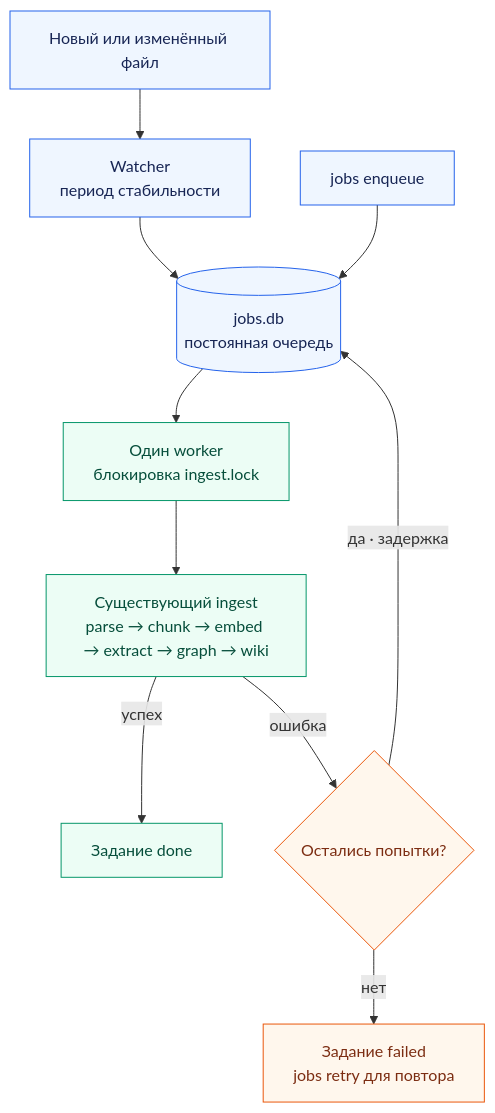
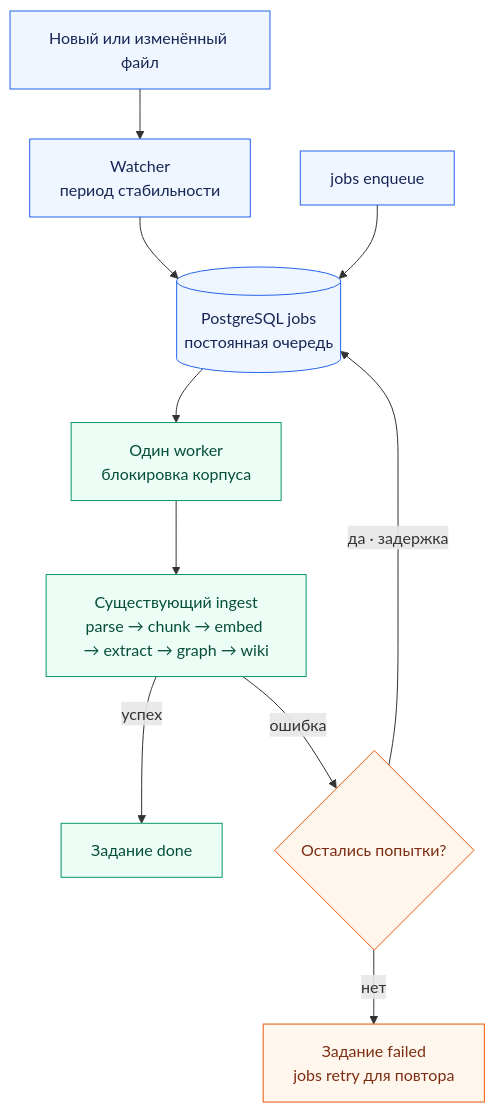
Diagram 13 of 13 in README.md (000p1umDiesel/Atlas), drawn with Mermaid before and after one commit. The commit also changed other lines of this file and 30 other files, not shown here.

Commit message:
PostgreSQL

````diff
--- a/README.md
+++ b/README.md
@@ -1917,19 +2002,19 @@
 ```mermaid
 flowchart TD
     FILE["Новый или изменённый файл"] --> STABLE["Watcher<br/>период стабильности"]
-    STABLE --> QUEUE[("jobs.db<br/>постоянная очередь")]
+    STABLE --> QUEUE[("PostgreSQL jobs<br/>постоянная очередь")]
     MANUAL["jobs enqueue"] --> QUEUE
-    QUEUE --> WORKER["Один worker<br/>блокировка ingest.lock"]
+    QUEUE --> WORKER["Один worker<br/>блокировка корпуса"]
     WORKER --> PIPELINE["Существующий ingest<br/>parse → chunk → embed → extract → graph → wiki"]
     PIPELINE -->|"успех"| DONE["Задание done"]
     PIPELINE -->|"ошибка"| RETRY{"Остались попытки?"}
     RETRY -->|"да · задержка"| QUEUE
     RETRY -->|"нет"| FAILED["Задание failed<br/>jobs retry для повтора"]
 
     classDef input fill:#eff6ff,stroke:#2563eb,color:#172554
     classDef work fill:#ecfdf5,stroke:#059669,color:#064e3b
     classDef retry fill:#fff7ed,stroke:#ea580c,color:#7c2d12
     class FILE,STABLE,QUEUE,MANUAL input
     class WORKER,PIPELINE,DONE work
     class RETRY,FAILED retry
 ```
````
